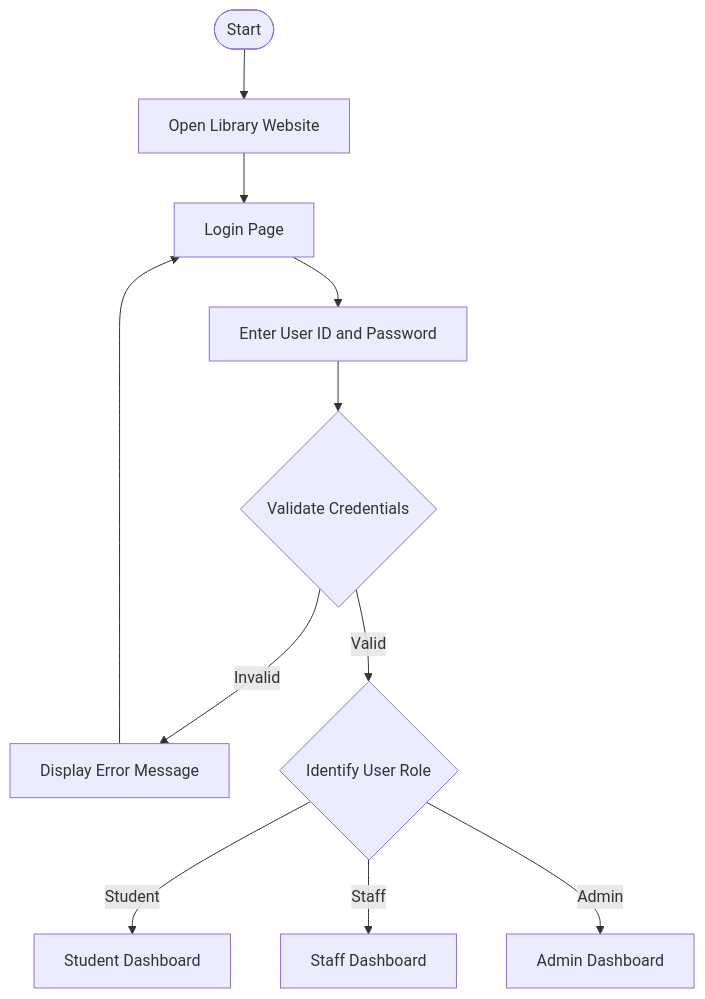
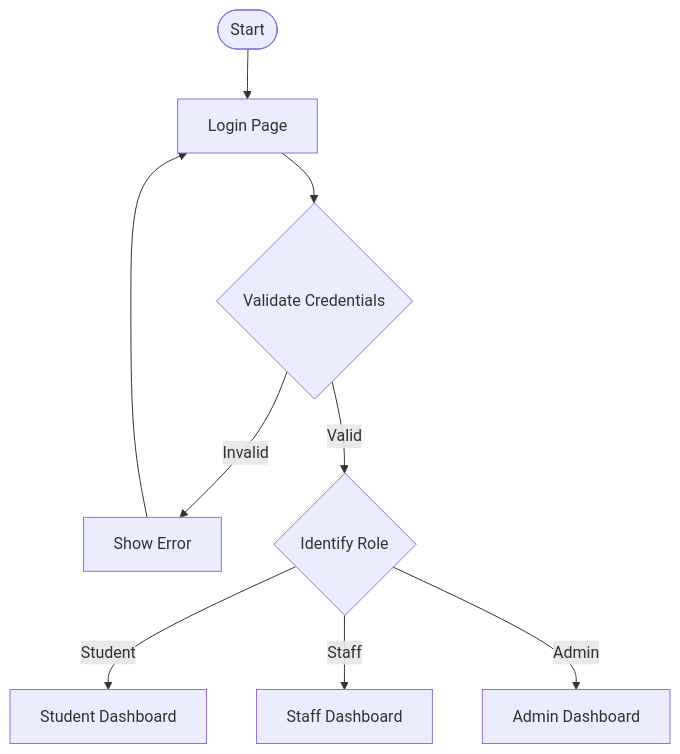
The first of 5 diagrams in README.md (hardhiksai05/Library_System_Management_Prototype), drawn with Mermaid before and after one commit. The commit also changed other lines of this file, not shown here.

````diff
--- a/README.md
+++ b/README.md
@@ -235,13 +227,11 @@
 ```mermaid
 flowchart TD
-    A([Start]) --> B[Open Library Website]
-    B --> C[Login Page]
-    C --> D[Enter User ID and Password]
-    D --> E{Validate Credentials}
-    E -->|Invalid| F[Display Error Message]
-    F --> C
-    E -->|Valid| G{Identify User Role}
-    G -->|Student| H[Student Dashboard]
-    G -->|Staff| I[Staff Dashboard]
-    G -->|Admin| J[Admin Dashboard]
+    A([Start]) --> B[Login Page]
+    B --> C{Validate Credentials}
+    C -->|Invalid| D[Show Error]
+    D --> B
+    C -->|Valid| E{Identify Role}
+    E -->|Student| F[Student Dashboard]
+    E -->|Staff| G[Staff Dashboard]
+    E -->|Admin| H[Admin Dashboard]
 ```
````
